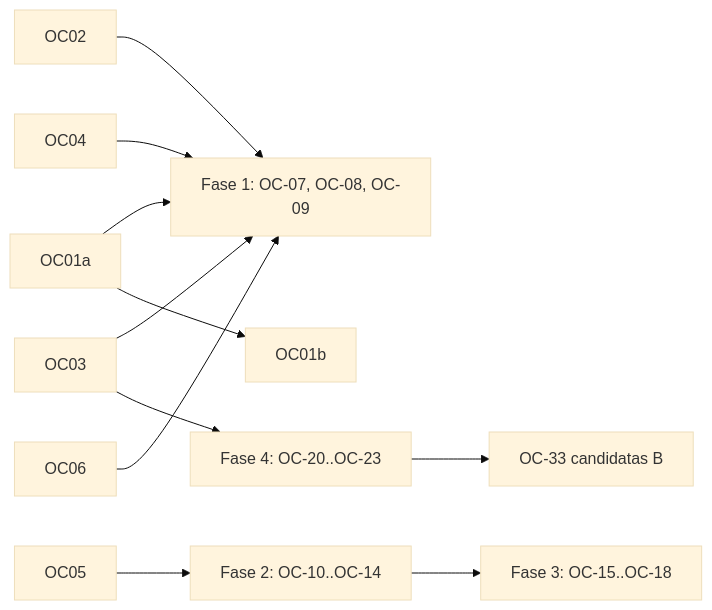
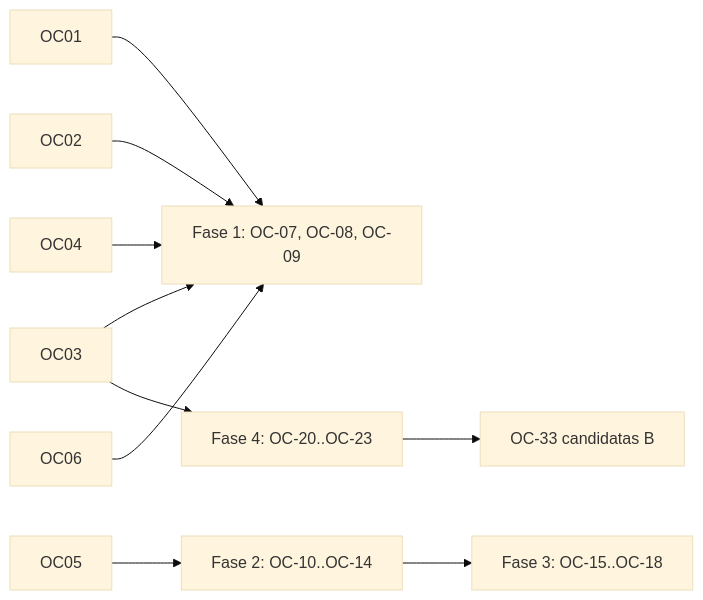
One commit to nelsonboulangerie/django-shopman changed the third of 3 diagrams in docs/reports/2026-11-23-etapa-ii-omnicanal-espec-e-plano.md. Above: the diagram before and after it, drawn with Mermaid (base theme). The commit also changed other lines of this file and 1 other file, not shown here.

````diff
--- a/docs/reports/2026-11-23-etapa-ii-omnicanal-espec-e-plano.md
+++ b/docs/reports/2026-11-23-etapa-ii-omnicanal-espec-e-plano.md
@@ -307,9 +306,8 @@
 ```mermaid
 flowchart LR
-  OC01a & OC02 & OC03 & OC04 & OC06 --> F1[Fase 1: OC-07, OC-08, OC-09]
+  OC01 & OC02 & OC03 & OC04 & OC06 --> F1[Fase 1: OC-07, OC-08, OC-09]
   OC05 --> F2[Fase 2: OC-10..OC-14]
   F2 --> F3[Fase 3: OC-15..OC-18]
   OC03 --> F4[Fase 4: OC-20..OC-23]
   F4 --> OC33[OC-33 candidatas B]
-  OC01a --> OC01b
 ```
````
